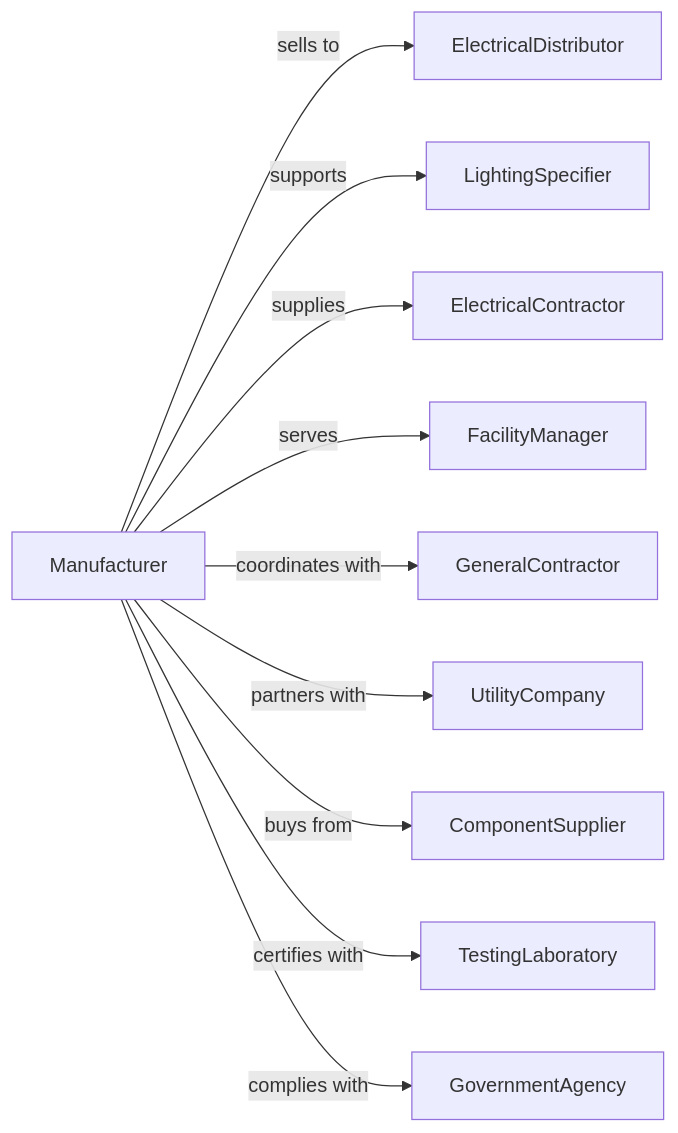
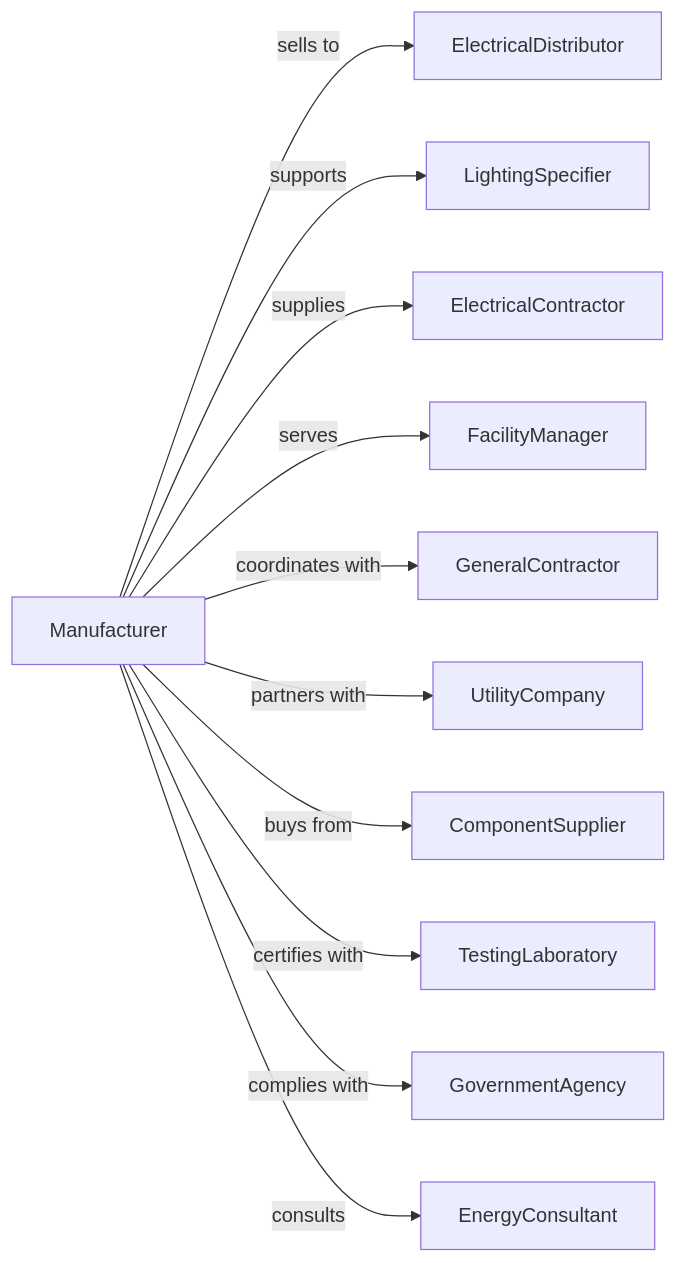
One commit to dot-org-ai/industries.org.ai changed the second of 2 diagrams in Manufacturing/ElectricalEquipmentApplianceAndComponentManufacturing/ElectricLightingEquipmentManufacturing/CommercialIndustrialAndInstitutionalElectricLightingFixtureManufacturing.mdx. Above: the diagram before and after it, drawn with Mermaid. The commit also changed 588 other files, not shown here.

````diff
--- a/Manufacturing/ElectricalEquipmentApplianceAndComponentManufacturing/ElectricLightingEquipmentManufacturing/CommercialIndustrialAndInstitutionalElectricLightingFixtureManufacturing.mdx
+++ b/Manufacturing/ElectricalEquipmentApplianceAndComponentManufacturing/ElectricLightingEquipmentManufacturing/CommercialIndustrialAndInstitutionalElectricLightingFixtureManufacturing.mdx
@@ -137,14 +137,15 @@
 ```mermaid
 graph LR
     M[Manufacturer]
 
     M -->|sells to| ElectricalDistributor
     M -->|supports| LightingSpecifier
     M -->|supplies| ElectricalContractor
     M -->|serves| FacilityManager
     M -->|coordinates with| GeneralContractor
     M -->|partners with| UtilityCompany
     M -->|buys from| ComponentSupplier
     M -->|certifies with| TestingLaboratory
     M -->|complies with| GovernmentAgency
+    M -->|consults| EnergyConsultant
 ```
````
